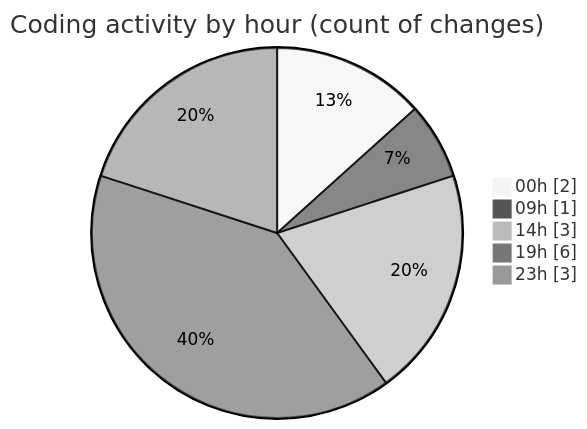
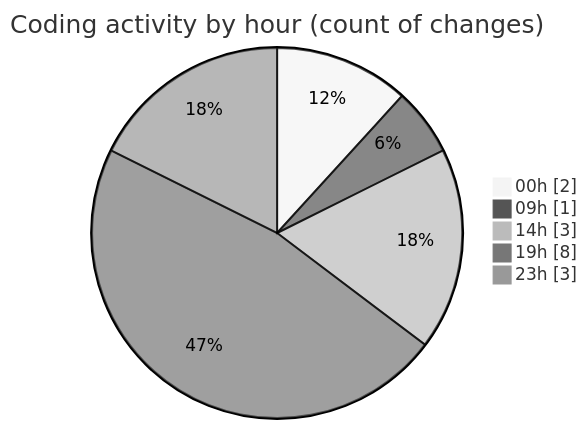
Before and after one commit to julien-gomy/code-tracking: the second of 2 diagrams in 2025-10-16/eventscop-api-guide__workspace_/README.md, drawn with Mermaid (neutral theme). The commit also changed other lines of this file and 1 other file, not shown here.

````diff
--- a/2025-10-16/eventscop-api-guide__workspace_/README.md
+++ b/2025-10-16/eventscop-api-guide__workspace_/README.md
@@ -38,9 +39,9 @@
 ```mermaid
 pie showData
 title Coding activity by hour (count of changes)
 "00h" : 2
 "09h" : 1
 "14h" : 3
-"19h" : 6
+"19h" : 8
 "23h" : 3
 ```
````
